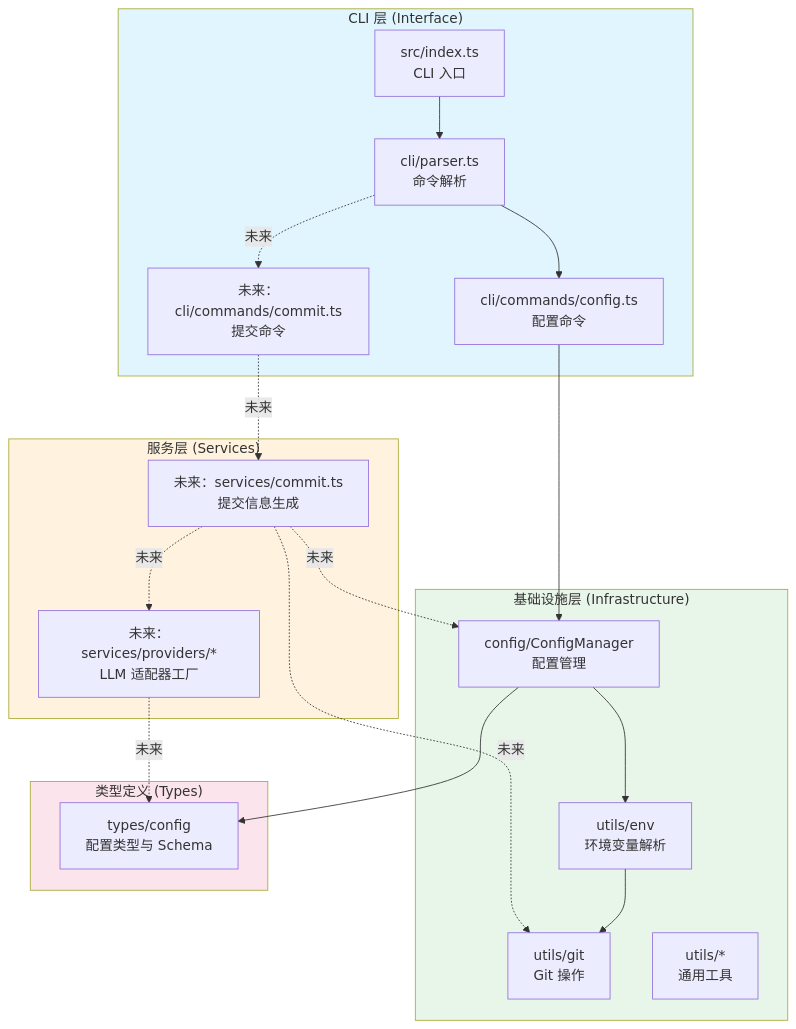
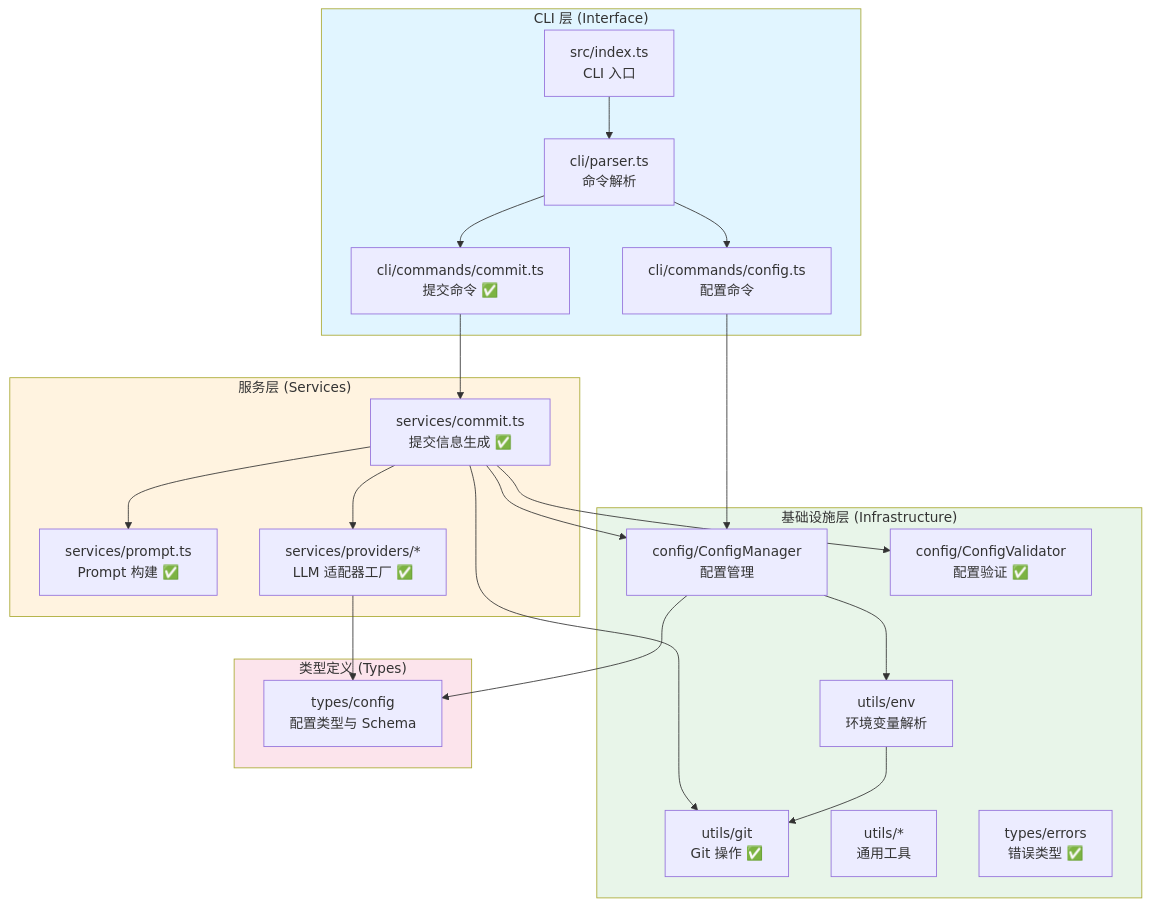
Before and after one commit to PerryFinn/ai-commit-cli: the diagram in docs/system-architecture.md, drawn with Mermaid. The commit also changed other lines of this file and 11 other files, not shown here.

````diff
--- a/docs/system-architecture.md
+++ b/docs/system-architecture.md
@@ -15,43 +15,48 @@
 ```mermaid
 graph TB
     subgraph CLI["CLI 层 (Interface)"]
         Index["src/index.ts<br/>CLI 入口"]
         Parser["cli/parser.ts<br/>命令解析"]
         ConfigCmd["cli/commands/config.ts<br/>配置命令"]
-        CommitCmd["未来：cli/commands/commit.ts<br/>提交命令"]
+        CommitCmd["cli/commands/commit.ts<br/>提交命令 ✅"]
     end
 
     subgraph Services["服务层 (Services)"]
-        CommitGen["未来：services/commit.ts<br/>提交信息生成"]
-        Providers["未来：services/providers/*<br/>LLM 适配器工厂"]
+        CommitGen["services/commit.ts<br/>提交信息生成 ✅"]
+        PromptBuilder["services/prompt.ts<br/>Prompt 构建 ✅"]
+        Providers["services/providers/*<br/>LLM 适配器工厂 ✅"]
     end
 
     subgraph Infrastructure["基础设施层 (Infrastructure)"]
         Config["config/ConfigManager<br/>配置管理"]
+        ConfigValidator["config/ConfigValidator<br/>配置验证 ✅"]
         Env["utils/env<br/>环境变量解析"]
-        Git["utils/git<br/>Git 操作"]
+        Git["utils/git<br/>Git 操作 ✅"]
         Utils["utils/*<br/>通用工具"]
+        Errors["types/errors<br/>错误类型 ✅"]
     end
 
     subgraph Types["类型定义 (Types)"]
         ConfigTypes["types/config<br/>配置类型与 Schema"]
     end
 
     Index --> Parser
     Parser --> ConfigCmd
-    Parser -.未来.-> CommitCmd
+    Parser --> CommitCmd
     ConfigCmd --> Config
-    CommitCmd -.未来.-> CommitGen
-    CommitGen -.未来.-> Providers
-    CommitGen -.未来.-> Git
-    CommitGen -.未来.-> Config
+    CommitCmd --> CommitGen
+    CommitGen --> PromptBuilder
+    CommitGen --> Providers
+    CommitGen --> Git
+    CommitGen --> Config
+    CommitGen --> ConfigValidator
     Config --> Env
     Config --> ConfigTypes
     Env --> Git
-    Providers -.未来.-> ConfigTypes
+    Providers --> ConfigTypes
 
     style CLI fill:#e1f5ff
     style Services fill:#fff3e0
     style Infrastructure fill:#e8f5e9
     style Types fill:#fce4ec
 ```
````
